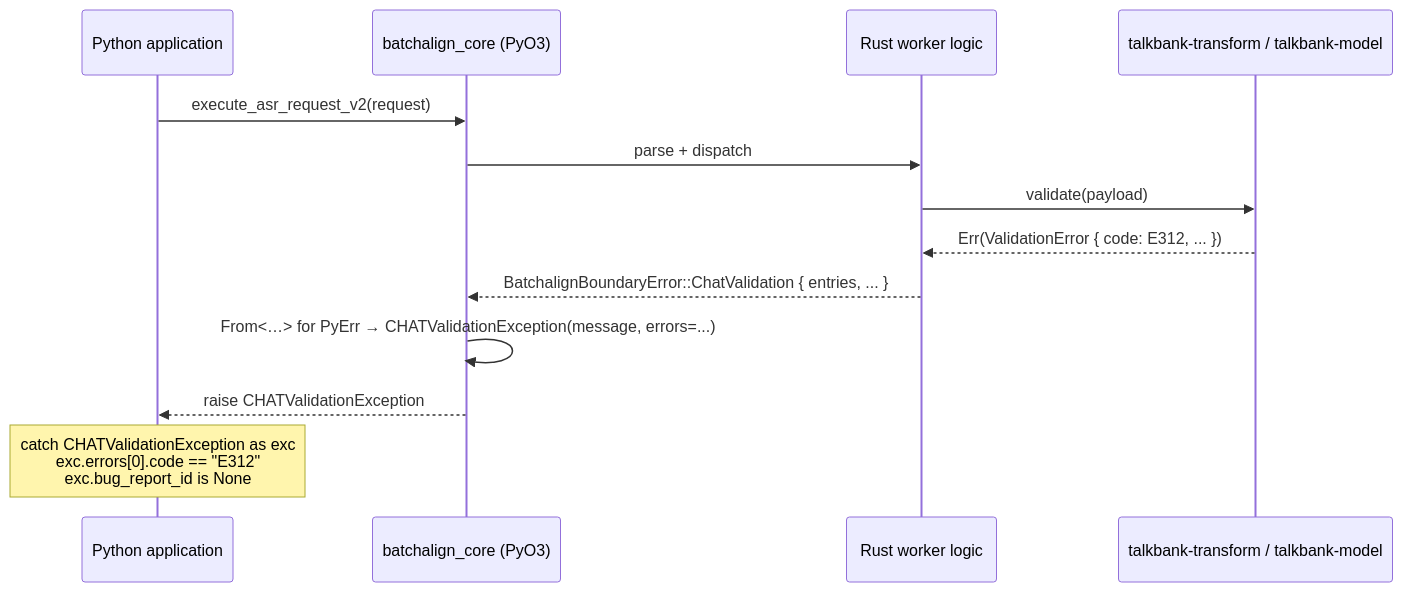
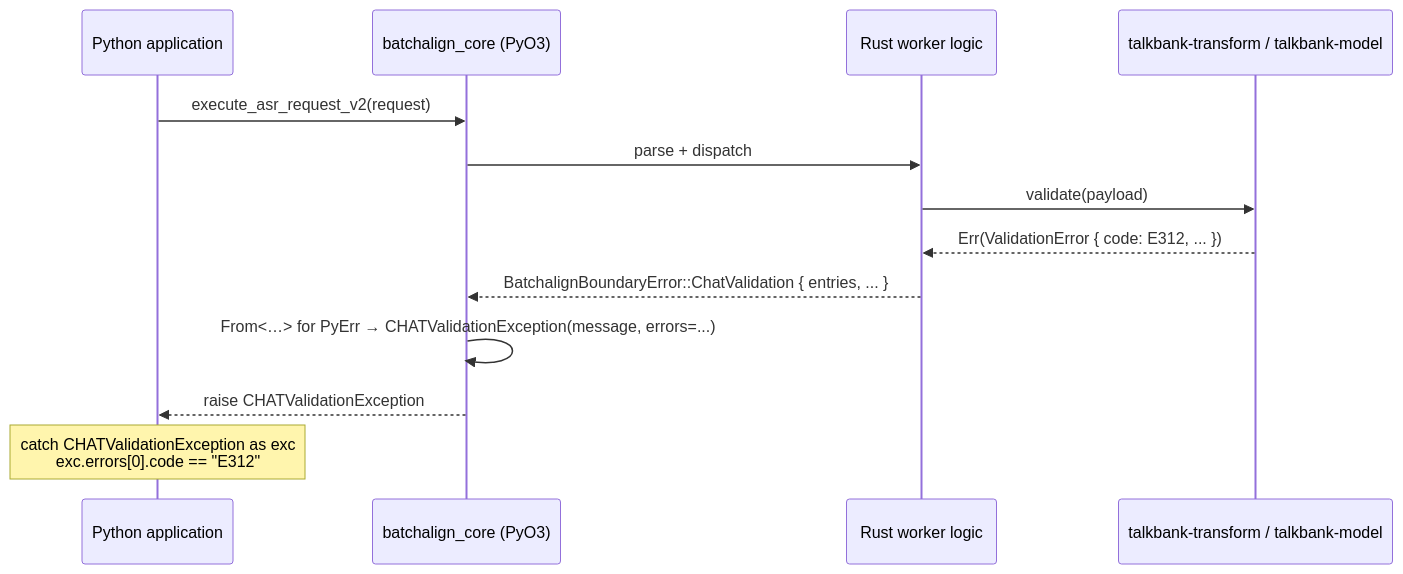
The diagram in book/src/architecture/errors-and-validation/python-rust-errors.md (FranklinChen/talkbank-tools), drawn with Mermaid before and after one commit. The commit also changed other lines of this file and 470 other files, not shown here.

````diff
--- a/book/src/architecture/errors-and-validation/python-rust-errors.md
+++ b/book/src/architecture/errors-and-validation/python-rust-errors.md
@@ -182,16 +181,16 @@
 ```mermaid
 sequenceDiagram
     participant Py as Python application
     participant Bridge as batchalign_core (PyO3)
     participant Rust as Rust worker logic
     participant Domain as talkbank-transform / talkbank-model
 
     Py->>Bridge: execute_asr_request_v2(request)
     Bridge->>Rust: parse + dispatch
     Rust->>Domain: validate(payload)
     Domain-->>Rust: Err(ValidationError { code: E312, ... })
     Rust-->>Bridge: BatchalignBoundaryError::ChatValidation { entries, ... }
     Bridge->>Bridge: From<…> for PyErr → CHATValidationException(message, errors=...)
     Bridge-->>Py: raise CHATValidationException
-    Note over Py: catch CHATValidationException as exc<br/>exc.errors[0].code == "E312"<br/>exc.bug_report_id is None
+    Note over Py: catch CHATValidationException as exc<br/>exc.errors[0].code == "E312"
 ```
````
